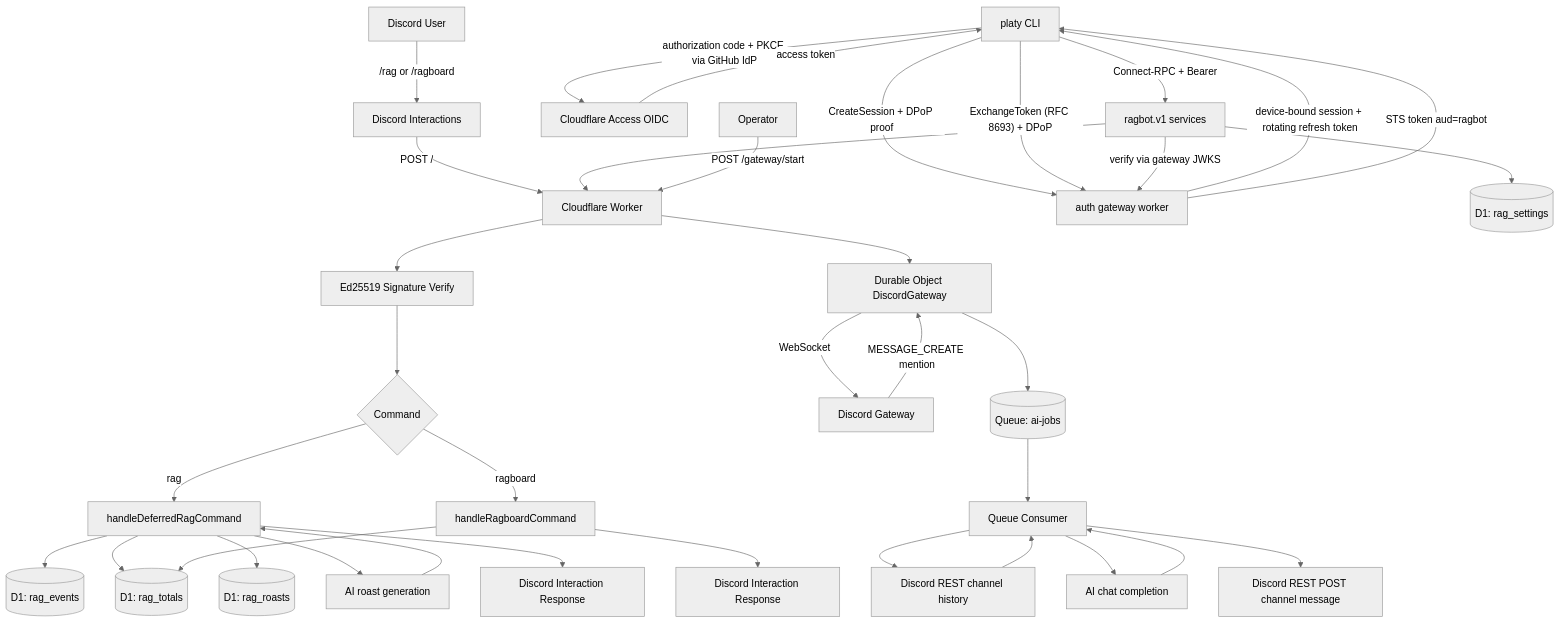
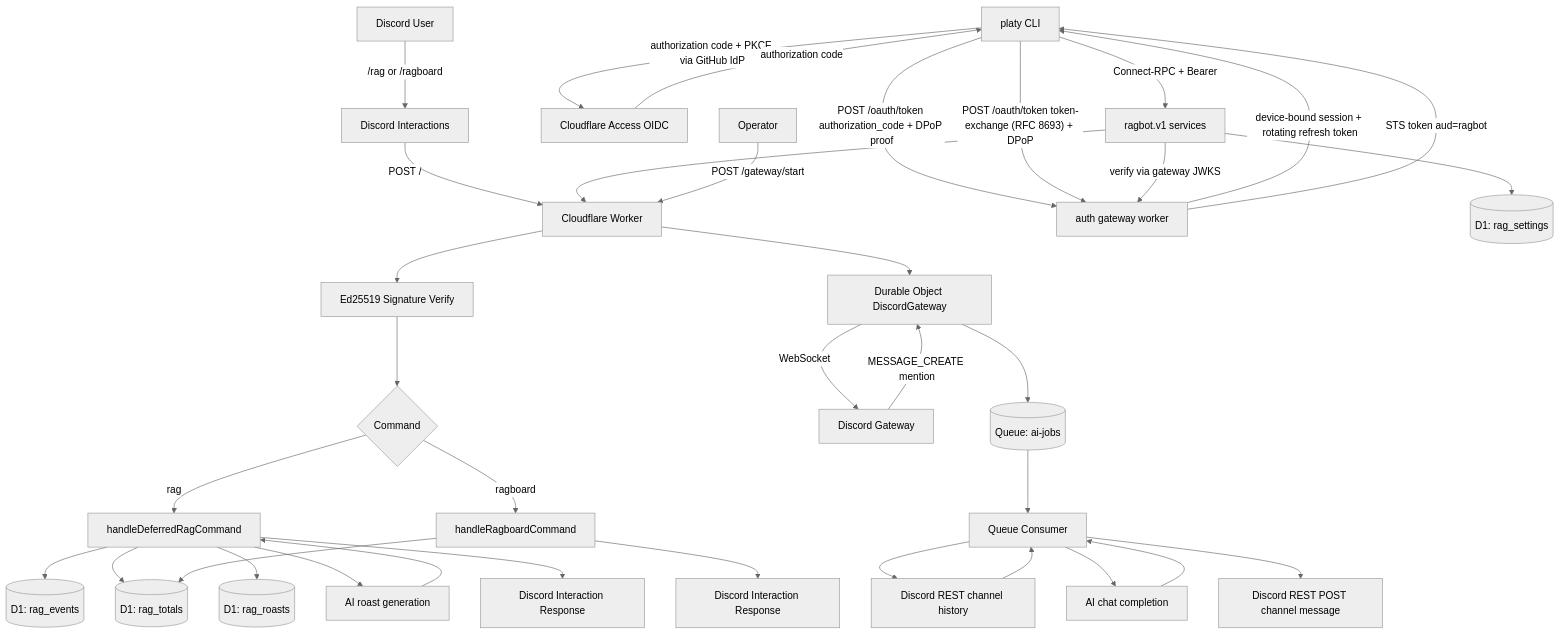
One commit to jackm43/rag changed the diagram in README.md. Above: the diagram before and after it, drawn with Mermaid (neutral theme). The commit also changed 62 other files, not shown here.

First line of the commit message:
Standards pass: OAuth/DPoP endpoints, generated clients, policy docs

````diff
--- a/README.md
+++ b/README.md
@@ -38,42 +38,42 @@
 ```mermaid
 flowchart TD
   U[Discord User] -->|/rag or /ragboard| D1[Discord Interactions]
   D1 -->|POST /| W[Cloudflare Worker]
   W --> V[Ed25519 Signature Verify]
   V --> R{Command}
 
   R -->|rag| CR[handleDeferredRagCommand]
   CR --> DB1[(D1: rag_events)]
   CR --> DB2[(D1: rag_totals)]
   CR --> DB3[(D1: rag_roasts)]
   CR --> AI1[AI roast generation]
   AI1 --> CR
   CR --> DResp1[Discord Interaction Response]
 
   R -->|ragboard| CB[handleRagboardCommand]
   CB --> DB2
   CB --> DResp2[Discord Interaction Response]
 
   Admin[platy CLI] -->|authorization code + PKCE via GitHub IdP| CFA[Cloudflare Access OIDC]
-  CFA -->|access token| Admin
-  Admin -->|"CreateSession + DPoP proof"| GW[auth gateway worker]
+  CFA -->|authorization code| Admin
+  Admin -->|"POST /oauth/token authorization_code + DPoP proof"| GW[auth gateway worker]
   GW -->|device-bound session + rotating refresh token| Admin
-  Admin -->|"ExchangeToken (RFC 8693) + DPoP"| GW
+  Admin -->|"POST /oauth/token token-exchange (RFC 8693) + DPoP"| GW
   GW -->|STS token aud=ragbot| Admin
   Admin -->|Connect-RPC + Bearer| AA[ragbot.v1 services]
   AA -->|verify via gateway JWKS| GW
   AA --> W
   AA --> DB4[(D1: rag_settings)]
 
   Admin2[Operator] -->|POST /gateway/start| W
   W --> DO[Durable Object DiscordGateway]
   DO -->|WebSocket| DG[Discord Gateway]
   DG -->|MESSAGE_CREATE mention| DO
   DO --> Q[(Queue: ai-jobs)]
   Q --> QC[Queue Consumer]
   QC --> H[Discord REST channel history]
   H --> QC
   QC --> AI2[AI chat completion]
   AI2 --> QC
   QC --> DR[Discord REST POST channel message]
 ```
````
